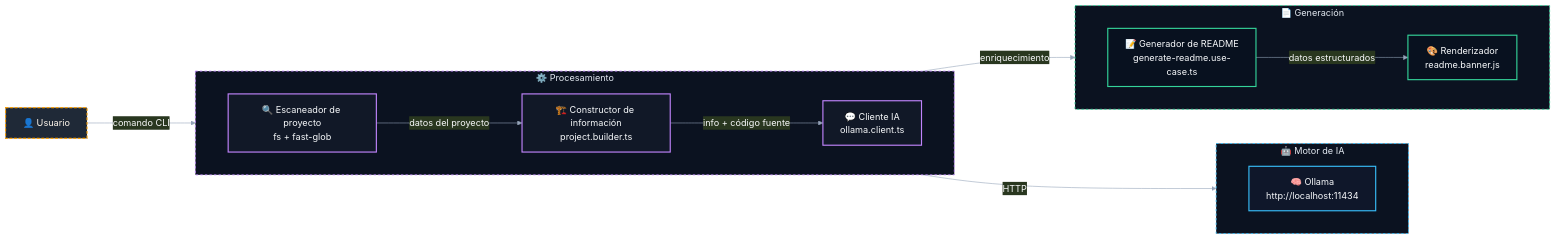
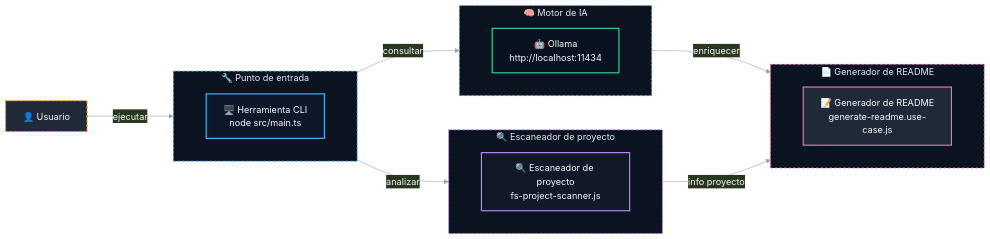
One commit to DavidTorro/README-GENERATOR changed the diagram in README.md. Above: the diagram before and after it, drawn with Mermaid. The commit also changed other lines of this file and 7 other files, not shown here.

Commit message:
feat(architecture): agregar soporte para sección de arquitectura en README y comando mermaid

````diff
--- a/README.md
+++ b/README.md
@@ -29,49 +29,52 @@
 ```mermaid
 %%{init: {
     "theme": "base",
     "flowchart": { "curve": "basis", "nodeSpacing": 60, "rankSpacing": 90 },
     "themeVariables": {
         "primaryColor": "#1f2937",
         "primaryTextColor": "#f9fafb",
         "primaryBorderColor": "#60a5fa",
         "lineColor": "#94a3b8",
         "tertiaryColor": "#0f172a"
     }
 }}%%
 
 flowchart LR
-    subgraph SG0["🤖 Motor de IA"]
+    subgraph SG0["🔧 Punto de entrada"]
         direction LR
-        ollama["🧠 Ollama<br/>http://localhost:11434"]
+        cli["🖥️ Herramienta CLI<br/>node src/main.ts"]
     end
-    subgraph SG1["⚙️ Procesamiento"]
+    subgraph SG1["🔍 Escaneador de proyecto"]
         direction LR
-        scanner["🔍 Escaneador de proyecto<br/>fs + fast-glob"]
-        builder["🏗️ Constructor de información<br/>project.builder.ts"]
-        ai_client["💬 Cliente IA<br/>ollama.client.ts"]
+        scanner["🔍 Escaneador de proyecto<br/>fs-project-scanner.js"]
     end
-    subgraph SG2["📄 Generación"]
+    subgraph SG2["🧠 Motor de IA"]
         direction LR
-        generator["📝 Generador de README<br/>generate-readme.use-case.ts"]
-        renderer["🎨 Renderizador<br/>readme.banner.js"]
+        ai["🤖 Ollama<br/>http://localhost:11434"]
+    end
+    subgraph SG3["📄 Generador de README"]
+        direction LR
+        generator["📝 Generador de README<br/>generate-readme.use-case.js"]
     end
     user["👤 Usuario"]
-    user -- "comando CLI" --> scanner
-    scanner -- "datos del proyecto" --> builder
-    builder -- "info + código fuente" --> ai_client
-    ai_client -- "HTTP" --> ollama
-    ai_client -- "enriquecimiento" --> generator
-    generator -- "datos estructurados" --> renderer
+    user -- "ejecutar" --> cli
+    cli -- "analizar" --> scanner
+    scanner -- "info proyecto" --> generator
+    cli -- "consultar" --> ai
+    ai -- "enriquecer" --> generator
 
     classDef g0 fill:#0f172a,stroke:#38bdf8,color:#f8fafc,stroke-width:2px;
-    class ollama g0;
+    class cli g0;
     classDef g1 fill:#111827,stroke:#c084fc,color:#f8fafc,stroke-width:2px;
-    class scanner,builder,ai_client g1;
+    class scanner g1;
     classDef g2 fill:#08111f,stroke:#34d399,color:#f8fafc,stroke-width:2px;
-    class generator,renderer g2;
+    class ai g2;
+    classDef g3 fill:#1f2937,stroke:#f472b6,color:#f8fafc,stroke-width:2px;
+    class generator g3;
     classDef actor fill:#1f2937,stroke:#f59e0b,color:#fff7ed,stroke-width:2px,stroke-dasharray: 5 3;
     class user actor;
     style SG0 fill:#0b1220,stroke:#38bdf8,stroke-width:1.5px,stroke-dasharray: 4 4,color:#e2e8f0
     style SG1 fill:#0b1220,stroke:#c084fc,stroke-width:1.5px,stroke-dasharray: 4 4,color:#e2e8f0
     style SG2 fill:#0b1220,stroke:#34d399,stroke-width:1.5px,stroke-dasharray: 4 4,color:#e2e8f0
+    style SG3 fill:#0b1220,stroke:#f472b6,stroke-width:1.5px,stroke-dasharray: 4 4,color:#e2e8f0
 ```
````
